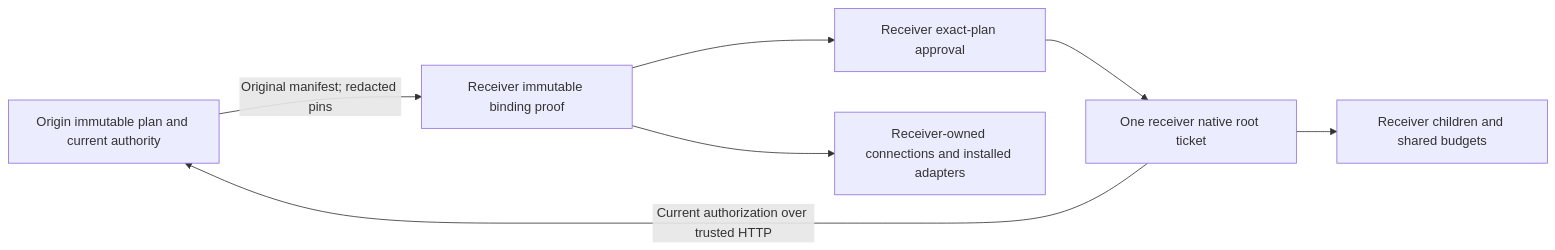
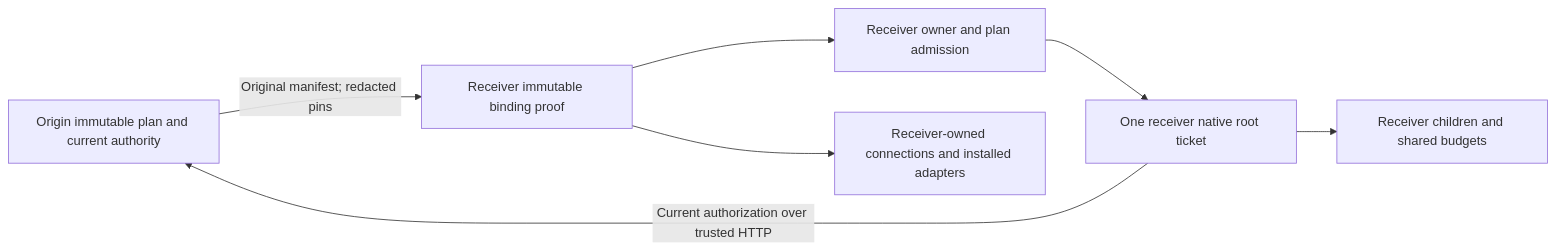
One commit to Guanzhw/agent-factory changed the diagram in docs/REMOTE_BINDINGS.md. Above: the diagram before and after it, drawn with Mermaid. The commit also changed other lines of this file and 92 other files, not shown here.

````diff
--- a/docs/REMOTE_BINDINGS.md
+++ b/docs/REMOTE_BINDINGS.md
@@ -8,9 +8,9 @@
 ```mermaid
 flowchart LR
   O[Origin immutable plan and current authority] -->|Original manifest; redacted pins| R[Receiver immutable binding proof]
-  R --> A[Receiver exact-plan approval]
+  R --> A[Receiver owner and plan admission]
   A --> N[One receiver native root ticket]
   N --> C[Receiver children and shared budgets]
   N -->|Current authorization over trusted HTTP| O
   R --> L[Receiver-owned connections and installed adapters]
 ```
````
